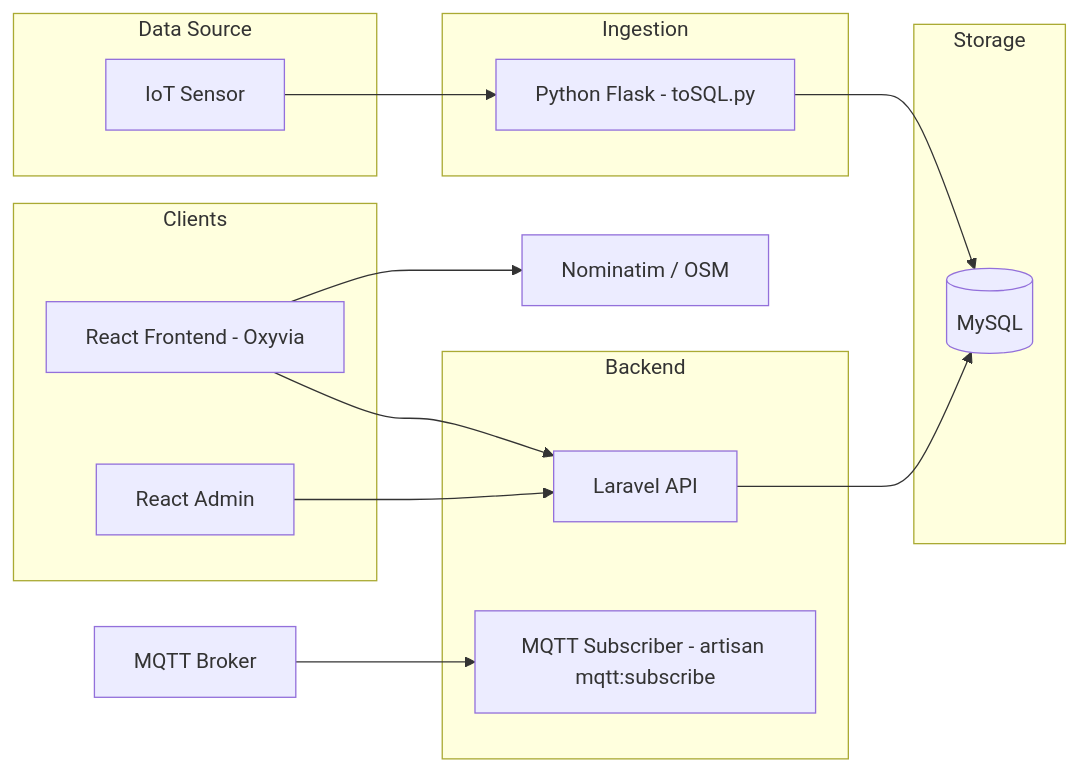
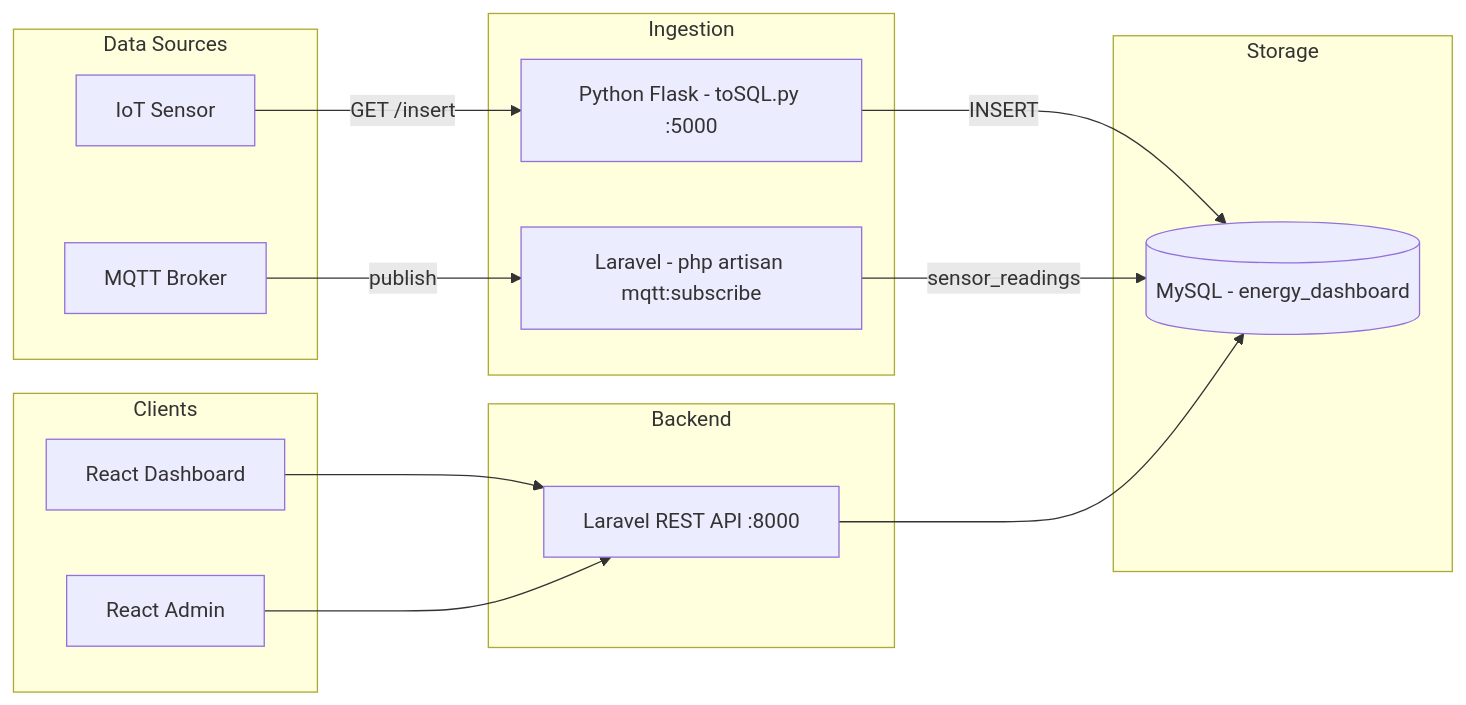
One commit to HidayahMF/kiansantangbrokermqtt changed the diagram in README.md. Above: the diagram before and after it, drawn with Mermaid. The commit also changed other lines of this file and 50 other files, not shown here.

First line of the commit message:
Engineering cleanup: fix MQTT, chat, auth, and API consistency

````diff
--- a/README.md
+++ b/README.md
@@ -60,32 +33,33 @@
 ```mermaid
 flowchart LR
-    subgraph Data Source
+    subgraph Data Sources
       SENSOR[IoT Sensor]
+      BROKER[MQTT Broker]
     end
 
     subgraph Ingestion
-      PY[Python Flask - toSQL.py]
+      PY[Python Flask - toSQL.py :5000]
+      SUB[Laravel - php artisan mqtt:subscribe]
+    end
+
+    subgraph Storage
+      DB[(MySQL - energy_dashboard)]
     end
 
     subgraph Backend
-      API[Laravel API]
-      MQTT[MQTT Subscriber - artisan mqtt:subscribe]
-    end
-
-    subgraph Storage
-      DB[(MySQL)]
+      API[Laravel REST API :8000]
     end
 
     subgraph Clients
-      FE[React Frontend - Oxyvia]
+      FE[React Dashboard]
       ADM[React Admin]
     end
 
-    SENSOR --> PY
-    PY --> DB
-    BROKER[MQTT Broker] --> MQTT
+    SENSOR -->|GET /insert| PY
+    PY -->|INSERT| DB
+    BROKER -->|publish| SUB
+    SUB -->|sensor_readings| DB
     API --> DB
     FE --> API
     ADM --> API
-    FE --> GEO[Nominatim / OSM]
 ```
````
